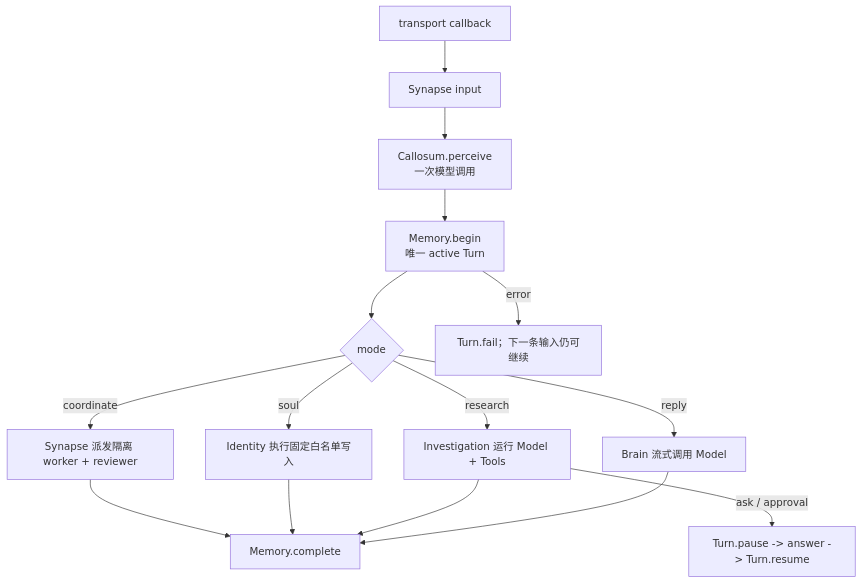
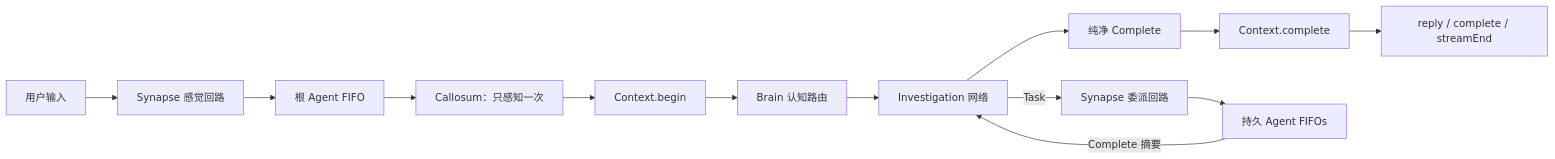
Before and after one commit to flyflor/flyflor: the diagram in README.zh.cn.md, drawn with Mermaid. The commit also changed other lines of this file and 91 other files, not shown here.

````diff
--- a/README.zh.cn.md
+++ b/README.zh.cn.md
@@ -51,17 +44,16 @@
 ```mermaid
-flowchart TD
-    Input["transport callback"] --> Synapse["Synapse input"]
-    Synapse --> Perceive["Callosum.perceive<br/>一次模型调用"]
-    Perceive --> Turn["Memory.begin<br/>唯一 active Turn"]
-    Turn --> Mode{"mode"}
-    Mode -->|reply| Reply["Brain 流式调用 Model"]
-    Mode -->|research| Research["Investigation 运行 Model + Tools"]
-    Mode -->|soul| Identity["Identity 执行固定白名单写入"]
-    Mode -->|coordinate| Coordinate["Synapse 派发隔离 worker + reviewer"]
-    Reply --> Complete["Memory.complete"]
-    Research --> Complete
-    Identity --> Complete
-    Coordinate --> Complete
-    Research -->|ask / approval| Pause["Turn.pause -> answer -> Turn.resume"]
-    Turn -->|error| Fail["Turn.fail；下一条输入仍可继续"]
+flowchart LR
+    Input["用户输入"] --> Sensory["Synapse 感觉回路"]
+    Sensory --> Root["根 Agent FIFO"]
+    Root --> Perception["Callosum：只感知一次"]
+    Perception --> Context["Context.begin"]
+    Context --> Brain["Brain 认知路由"]
+    Brain --> Investigation["Investigation 网络"]
+    Investigation --> Complete["纯净 Complete"]
+    Complete --> Store["Context.complete"]
+    Store --> Expression["reply / complete / streamEnd"]
+
+    Investigation -->|Task| Delegation["Synapse 委派回路"]
+    Delegation --> Workers["持久 Agent FIFOs"]
+    Workers -->|Complete 摘要| Investigation
 ```
````
